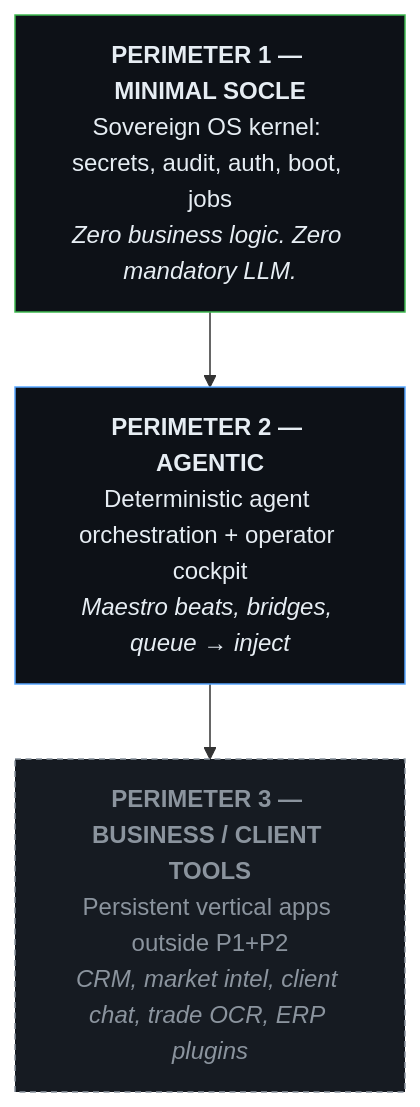
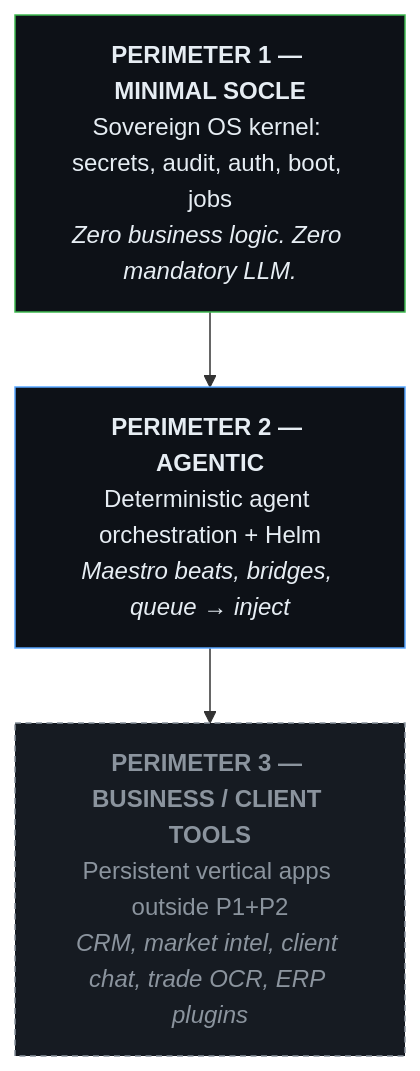
The diagram in software/docs/PERIMETERS.md (xavdp-pro/SHAPER-OS-V1.14), drawn with Mermaid before and after one commit. The commit also changed other lines of this file and 19 other files, not shown here.

````diff
--- a/software/docs/PERIMETERS.md
+++ b/software/docs/PERIMETERS.md
@@ -12,15 +12,15 @@
 ```mermaid
 flowchart TB
     P1["<b>PERIMETER 1 — MINIMAL SOCLE</b><br/>Sovereign OS kernel: secrets, audit, auth, boot, jobs<br/><i>Zero business logic. Zero mandatory LLM.</i>"]
-    P2["<b>PERIMETER 2 — AGENTIC</b><br/>Deterministic agent orchestration + operator cockpit<br/><i>Maestro beats, bridges, queue → inject</i>"]
+    P2["<b>PERIMETER 2 — AGENTIC</b><br/>Deterministic agent orchestration + Helm<br/><i>Maestro beats, bridges, queue → inject</i>"]
     P3["<b>PERIMETER 3 — BUSINESS / CLIENT TOOLS</b><br/>Persistent vertical apps outside P1+P2<br/><i>CRM, market intel, client chat, trade OCR, ERP plugins</i>"]
 
     P1 --> P2 --> P3
 
     classDef base fill:#0d1117,stroke:#3fb950,color:#e6edf3
     classDef agentic fill:#0d1117,stroke:#58a6ff,color:#e6edf3
     classDef business fill:#161b22,stroke:#8b949e,color:#8b949e,stroke-dasharray:4 3
     class P1 base
     class P2 agentic
     class P3 business
 ```
````
